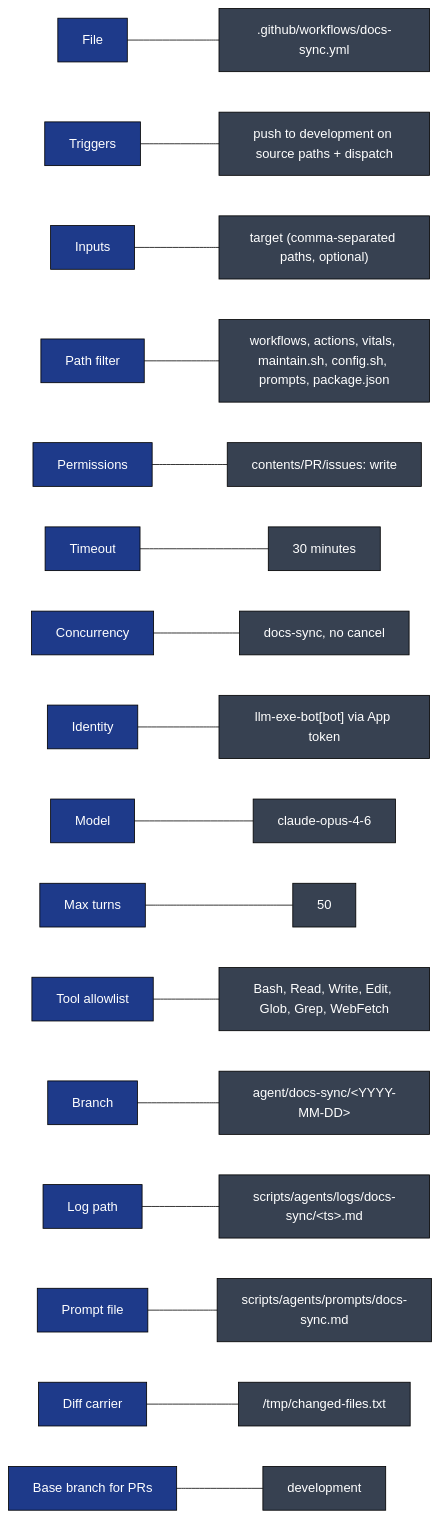
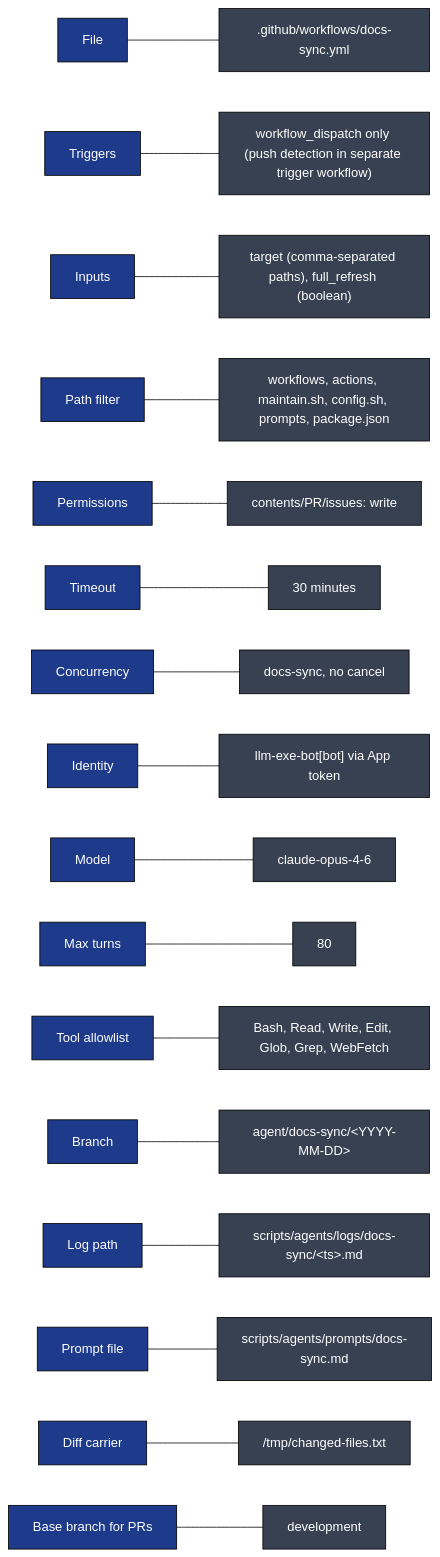
Before and after one commit to gregreindel/llm-exe: diagram 15 of 16 in .github/docs/DOCS_SYNC_DEEP_DIVE.md, drawn with Mermaid (base theme). The commit also changed other lines of this file and 4 other files, not shown here.

````diff
--- a/.github/docs/DOCS_SYNC_DEEP_DIVE.md
+++ b/.github/docs/DOCS_SYNC_DEEP_DIVE.md
@@ -578,22 +574,22 @@
 ```mermaid
 flowchart LR
     classDef k fill:#1e3a8a,color:#fff,stroke:#000
     classDef v fill:#374151,color:#fff,stroke:#000
 
     K1["File"]:::k --- V1[".github/workflows/docs-sync.yml"]:::v
-    K2["Triggers"]:::k --- V2["push to development on source paths + dispatch"]:::v
-    K3["Inputs"]:::k --- V3["target (comma-separated paths, optional)"]:::v
-    K4["Path filter"]:::k --- V4["workflows, actions, vitals, maintain.sh, config.sh, prompts, package.json"]:::v
+    K2["Triggers"]:::k --- V2["workflow_dispatch only (push detection in separate trigger workflow)"]:::v
+    K3["Inputs"]:::k --- V3["target (comma-separated paths), full_refresh (boolean)"]:::v
+    K4["Path filter"]:::k --- V4["workflows, actions, maintain.sh, config.sh, prompts, package.json"]:::v
     K5["Permissions"]:::k --- V5["contents/PR/issues: write"]:::v
     K6["Timeout"]:::k --- V6["30 minutes"]:::v
     K7["Concurrency"]:::k --- V7["docs-sync, no cancel"]:::v
     K8["Identity"]:::k --- V8["llm-exe-bot[bot] via App token"]:::v
     K9["Model"]:::k --- V9["claude-opus-4-6"]:::v
-    K10["Max turns"]:::k --- V10["50"]:::v
+    K10["Max turns"]:::k --- V10["80"]:::v
     K11["Tool allowlist"]:::k --- V11["Bash, Read, Write, Edit, Glob, Grep, WebFetch"]:::v
     K12["Branch"]:::k --- V12["agent/docs-sync/&lt;YYYY-MM-DD&gt;"]:::v
     K13["Log path"]:::k --- V13["scripts/agents/logs/docs-sync/&lt;ts&gt;.md"]:::v
     K14["Prompt file"]:::k --- V14["scripts/agents/prompts/docs-sync.md"]:::v
     K15["Diff carrier"]:::k --- V15["/tmp/changed-files.txt"]:::v
     K16["Base branch for PRs"]:::k --- V16["development"]:::v
 ```
````
